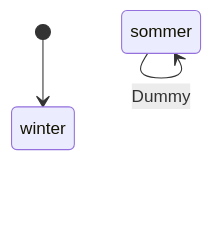
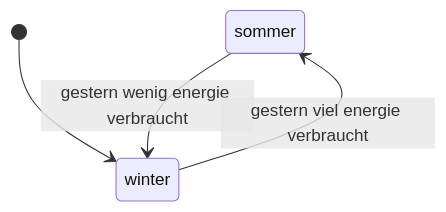
The diagram in steuerung_automatik/zero-software/doc/statemachine_HsmJahreszeit.md (petermaerki/puenterswis_heizung_2023_git), drawn with Mermaid before and after one commit. The commit also changed 10 other files, not shown here.

````diff
--- a/steuerung_automatik/zero-software/doc/statemachine_HsmJahreszeit.md
+++ b/steuerung_automatik/zero-software/doc/statemachine_HsmJahreszeit.md
@@ -1,12 +1,13 @@
 ```mermaid
 stateDiagram-v2
     sommer: sommer
     state sommer
-    sommer --> sommer: Dummy
 
     winter: winter
     state winter
     [*] --> winter
 
     %% Transitions
+    sommer --> winter: gestern wenig energie verbraucht
+    winter --> sommer: gestern viel energie verbraucht
 ```
````
